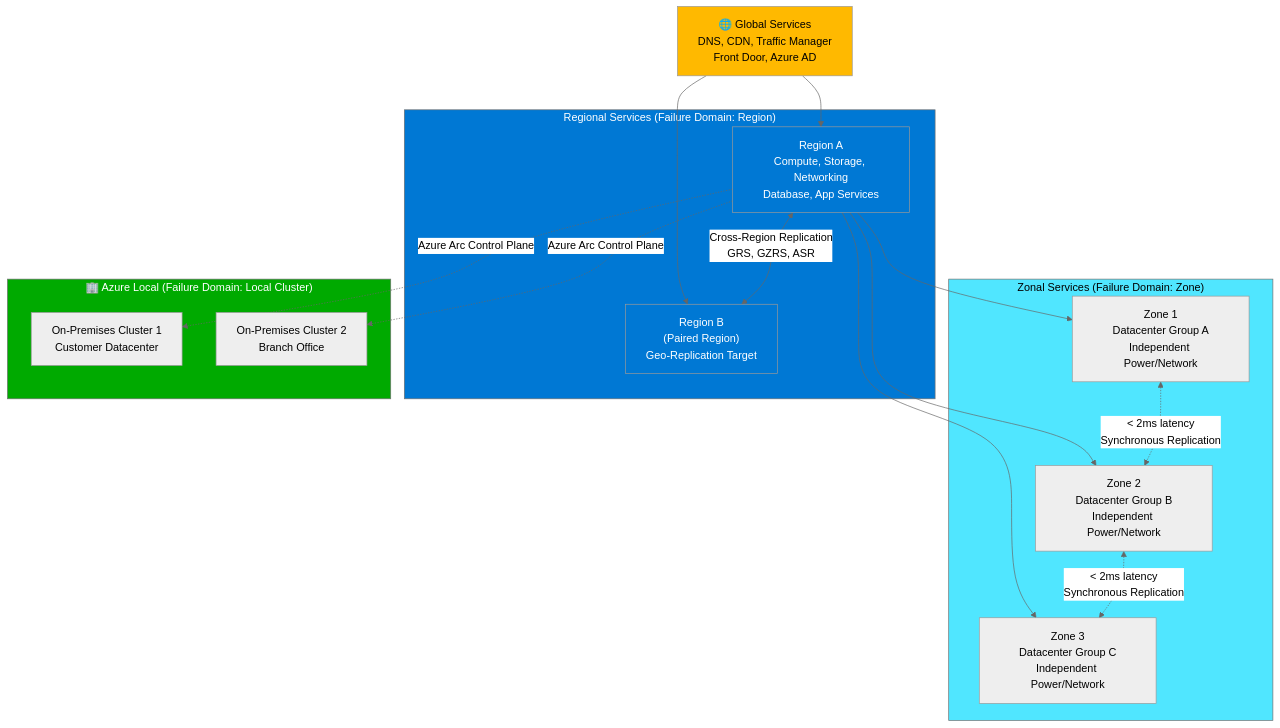
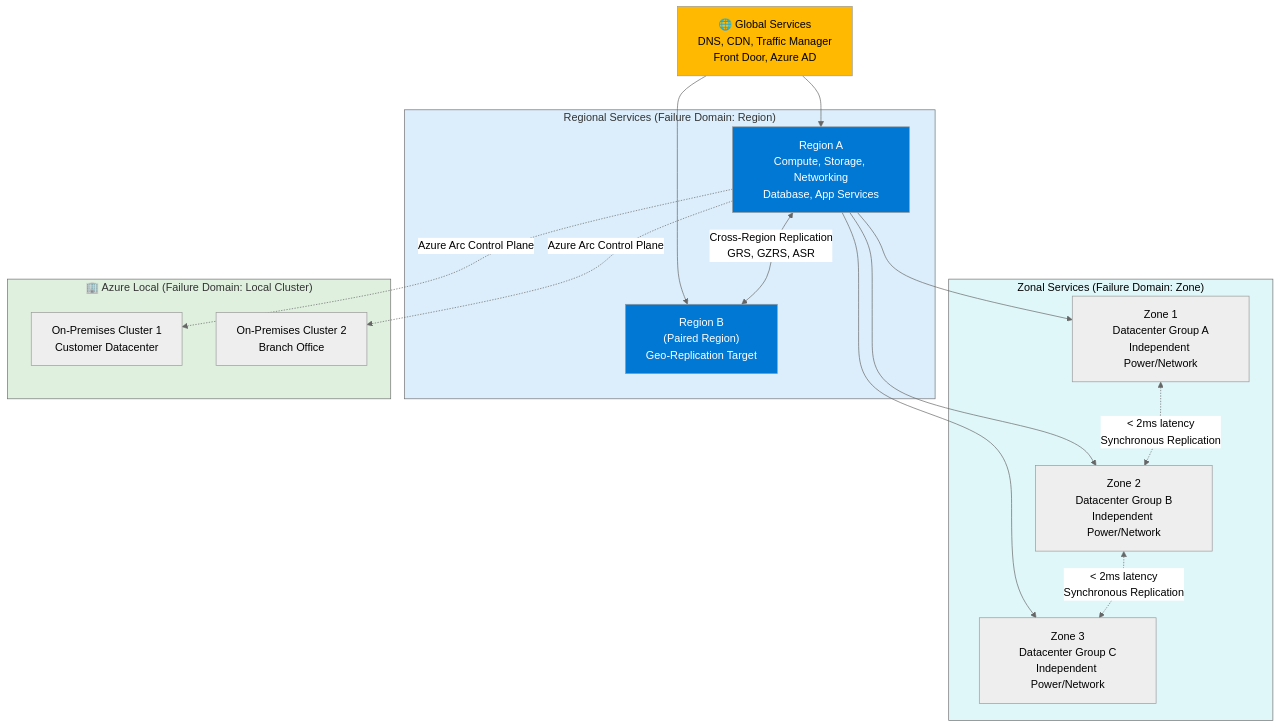
The second of 2 diagrams in docs/02-azure-hybrid-infrastructure/01-azure-regions.md (EmeaAppGbb/AzureHybridContinuumCookBook), drawn with Mermaid (neutral theme) before and after one commit. The commit also changed other lines of this file and 28 other files, not shown here.

First line of the commit message:
Fix Mermaid diagram readability: use light pastel subgraph backgrounds

````diff
--- a/docs/02-azure-hybrid-infrastructure/01-azure-regions.md
+++ b/docs/02-azure-hybrid-infrastructure/01-azure-regions.md
@@ -276,42 +276,42 @@
 ```mermaid
 graph TD
     Global["🌐 Global Services<br/>DNS, CDN, Traffic Manager<br/>Front Door, Azure AD"]
     
     subgraph RegionalLayer["Regional Services (Failure Domain: Region)"]
         Region1["Region A<br/>Compute, Storage, Networking<br/>Database, App Services"]
         Region2["Region B<br/>(Paired Region)<br/>Geo-Replication Target"]
     end
     
     subgraph ZonalLayer["Zonal Services (Failure Domain: Zone)"]
         Zone1["Zone 1<br/>Datacenter Group A<br/>Independent Power/Network"]
         Zone2["Zone 2<br/>Datacenter Group B<br/>Independent Power/Network"]
         Zone3["Zone 3<br/>Datacenter Group C<br/>Independent Power/Network"]
     end
     
     subgraph LocalLayer["🏢 Azure Local (Failure Domain: Local Cluster)"]
         Local1["On-Premises Cluster 1<br/>Customer Datacenter"]
         Local2["On-Premises Cluster 2<br/>Branch Office"]
     end
     
     Global --> Region1
     Global --> Region2
     
     Region1 --> Zone1
     Region1 --> Zone2
     Region1 --> Zone3
     
     Region1 -.->|"Azure Arc Control Plane"| Local1
     Region1 -.->|"Azure Arc Control Plane"| Local2
     
     Region1 <-->|"Cross-Region Replication<br/>GRS, GZRS, ASR"| Region2
     
     Zone1 <-.->|"< 2ms latency<br/>Synchronous Replication"| Zone2
     Zone2 <-.->|"< 2ms latency<br/>Synchronous Replication"| Zone3
     
     style Global fill:#ffb900,color:#000
-    style RegionalLayer fill:#0078d4,color:#fff
-    style ZonalLayer fill:#50e6ff,color:#000
-    style LocalLayer fill:#00aa00,color:#fff
+    style RegionalLayer fill:#dceefb
+    style ZonalLayer fill:#e0f7fa,color:#000
+    style LocalLayer fill:#dff0df
     style Region1 fill:#0078d4,color:#fff
     style Region2 fill:#0078d4,color:#fff
 ```
````
